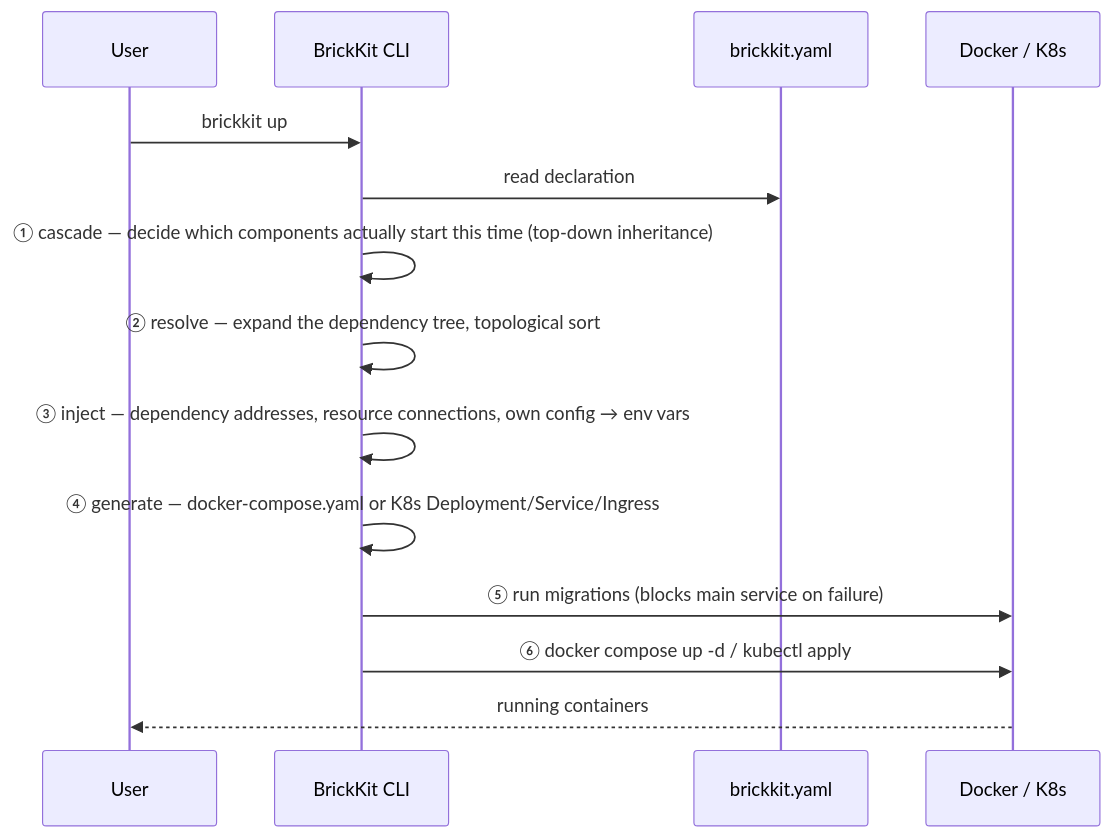
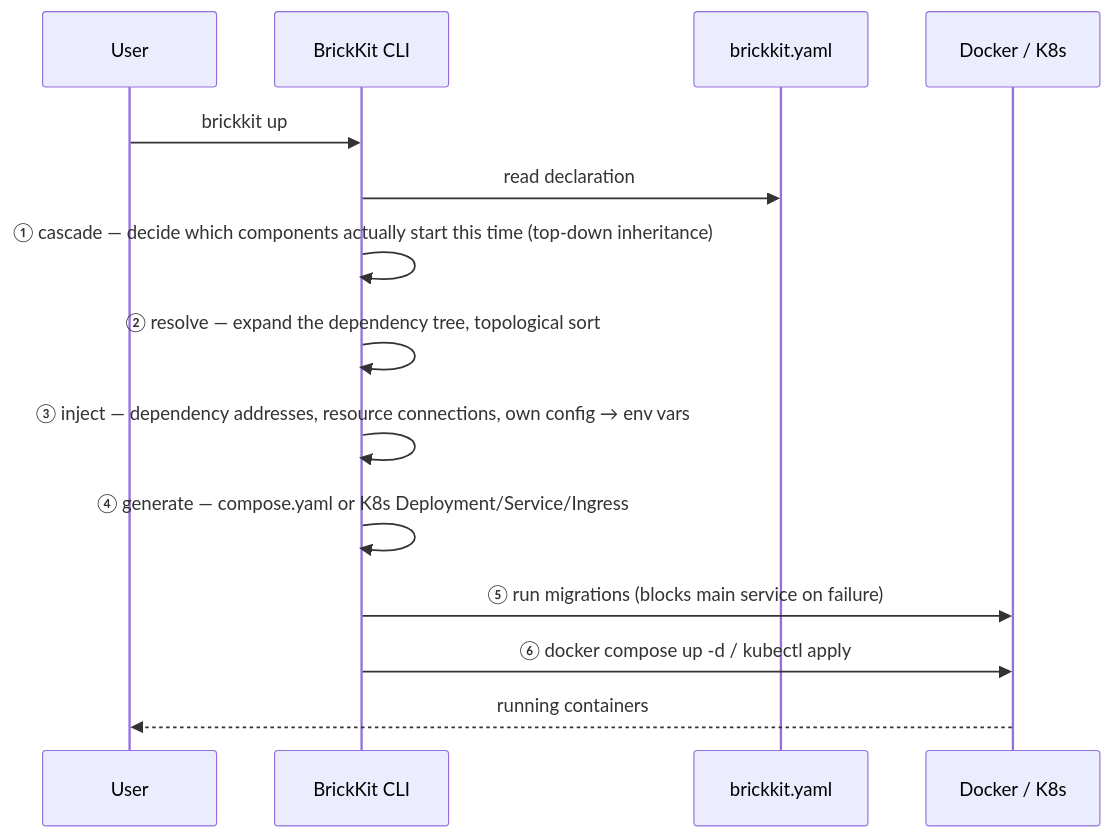
The diagram in docs/en/06-architecture/00-overview.md (brickKit/brickKit), drawn with Mermaid before and after one commit. The commit also changed other lines of this file and 34 other files, not shown here.

First line of the commit message:
docs: update every current doc from docker-compose.yaml to compose.yaml

````diff
--- a/docs/en/06-architecture/00-overview.md
+++ b/docs/en/06-architecture/00-overview.md
@@ -20,17 +20,17 @@
 ```mermaid
 sequenceDiagram
     participant U as User
     participant CLI as BrickKit CLI
     participant FS as brickkit.yaml
     participant Docker as Docker / K8s
 
     U->>CLI: brickkit up
     CLI->>FS: read declaration
     CLI->>CLI: ① cascade — decide which components actually start this time (top-down inheritance)
     CLI->>CLI: ② resolve — expand the dependency tree, topological sort
     CLI->>CLI: ③ inject — dependency addresses, resource connections, own config → env vars
-    CLI->>CLI: ④ generate — docker-compose.yaml or K8s Deployment/Service/Ingress
+    CLI->>CLI: ④ generate — compose.yaml or K8s Deployment/Service/Ingress
     CLI->>Docker: ⑤ run migrations (blocks main service on failure)
     CLI->>Docker: ⑥ docker compose up -d / kubectl apply
     Docker-->>U: running containers
 ```
````
